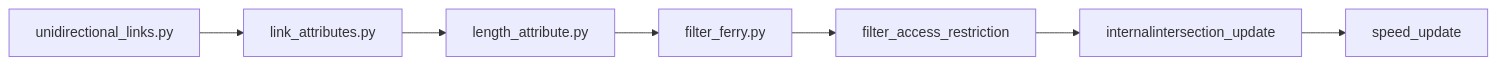
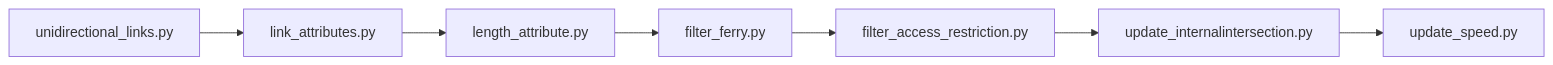
One commit to anu-kuncheria/mobiliti-network changed the diagram in README.md. Above: the diagram before and after it, drawn with Mermaid. The commit also changed other lines of this file and 26 other files, not shown here.

````diff
--- a/README.md
+++ b/README.md
@@ -5,4 +5,4 @@
 ```mermaid
 graph LR;
-    unidirectional_links.py-->link_attributes.py-->length_attribute.py-->filter_ferry.py-->filter_access_restriction-->internalintersection_update-->speed_update;
+    unidirectional_links.py-->link_attributes.py-->length_attribute.py-->filter_ferry.py-->filter_access_restriction.py-->update_internalintersection.py-->update_speed.py;
 ```
````
